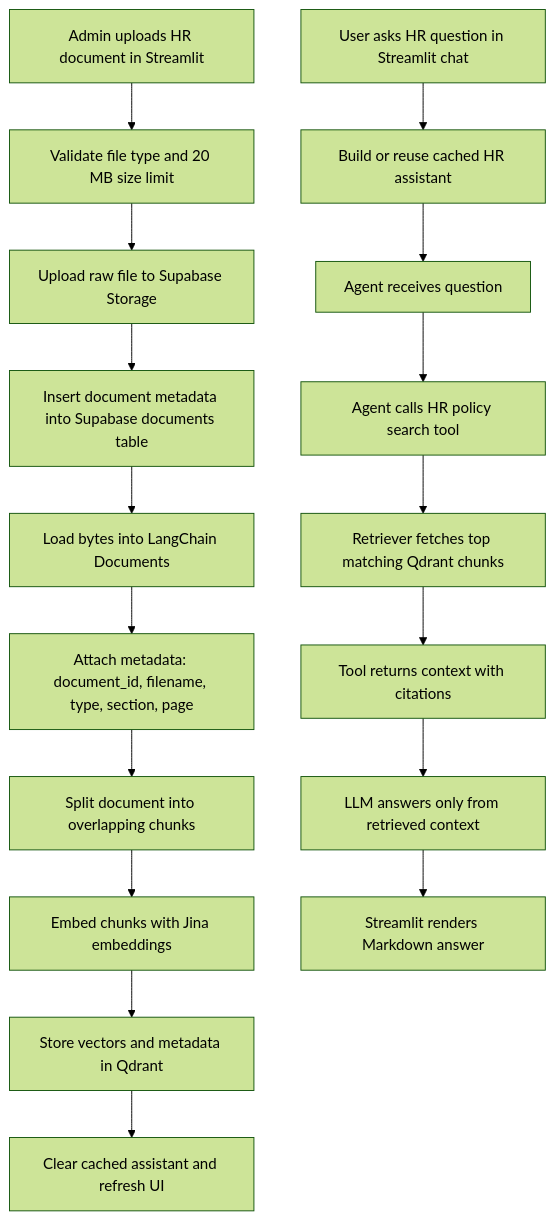
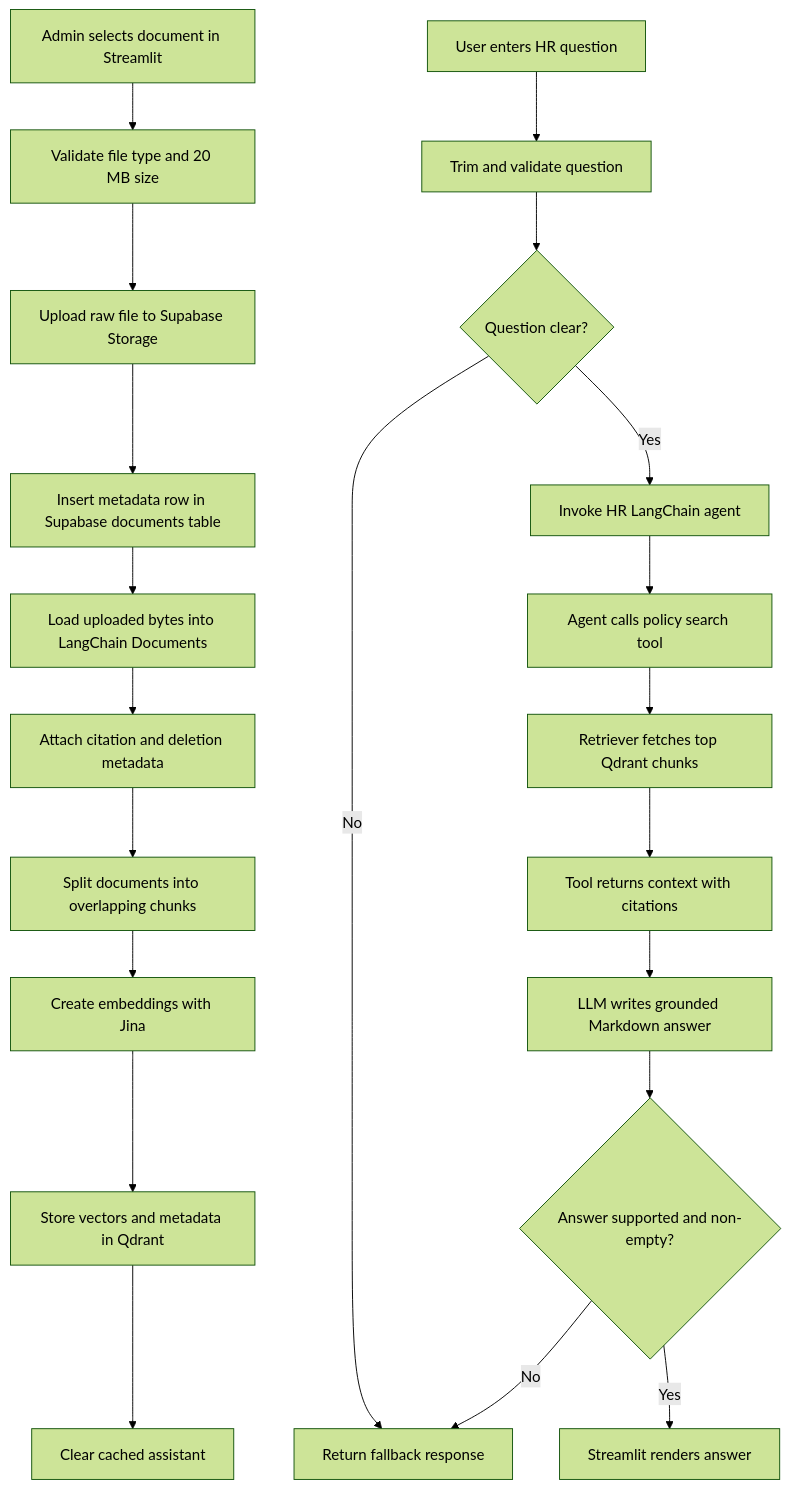
The first of 2 diagrams in DESIGN.md (Debraj660/HR_Assistant), drawn with Mermaid (forest theme) before and after one commit. The commit also changed other lines of this file and 4 other files, not shown here.

````diff
--- a/DESIGN.md
+++ b/DESIGN.md
@@ -26,20 +26,24 @@
 ```mermaid
 flowchart TD
-    A[Admin uploads HR document in Streamlit] --> B[Validate file type and 20 MB size limit]
+    A[Admin selects document in Streamlit] --> B[Validate file type and 20 MB size]
     B --> C[Upload raw file to Supabase Storage]
-    C --> D[Insert document metadata into Supabase documents table]
-    D --> E[Load bytes into LangChain Documents]
-    E --> F[Attach metadata: document_id, filename, type, section, page]
-    F --> G[Split document into overlapping chunks]
-    G --> H[Embed chunks with Jina embeddings]
+    C --> D[Insert metadata row in Supabase documents table]
+    D --> E[Load uploaded bytes into LangChain Documents]
+    E --> F[Attach citation and deletion metadata]
+    F --> G[Split documents into overlapping chunks]
+    G --> H[Create embeddings with Jina]
     H --> I[Store vectors and metadata in Qdrant]
-    I --> J[Clear cached assistant and refresh UI]
+    I --> J[Clear cached assistant]
 
-    U[User asks HR question in Streamlit chat] --> V[Build or reuse cached HR assistant]
-    V --> W[Agent receives question]
-    W --> X[Agent calls HR policy search tool]
-    X --> Y[Retriever fetches top matching Qdrant chunks]
-    Y --> Z[Tool returns context with citations]
-    Z --> AA[LLM answers only from retrieved context]
-    AA --> AB[Streamlit renders Markdown answer]
+    U[User enters HR question] --> V[Trim and validate question]
+    V --> W{Question clear?}
+    W -- No --> X[Return fallback response]
+    W -- Yes --> Y[Invoke HR LangChain agent]
+    Y --> Z[Agent calls policy search tool]
+    Z --> AA[Retriever fetches top Qdrant chunks]
+    AA --> AB[Tool returns context with citations]
+    AB --> AC[LLM writes grounded Markdown answer]
+    AC --> AD{Answer supported and non-empty?}
+    AD -- No --> X
+    AD -- Yes --> AE[Streamlit renders answer]
 ```
````
